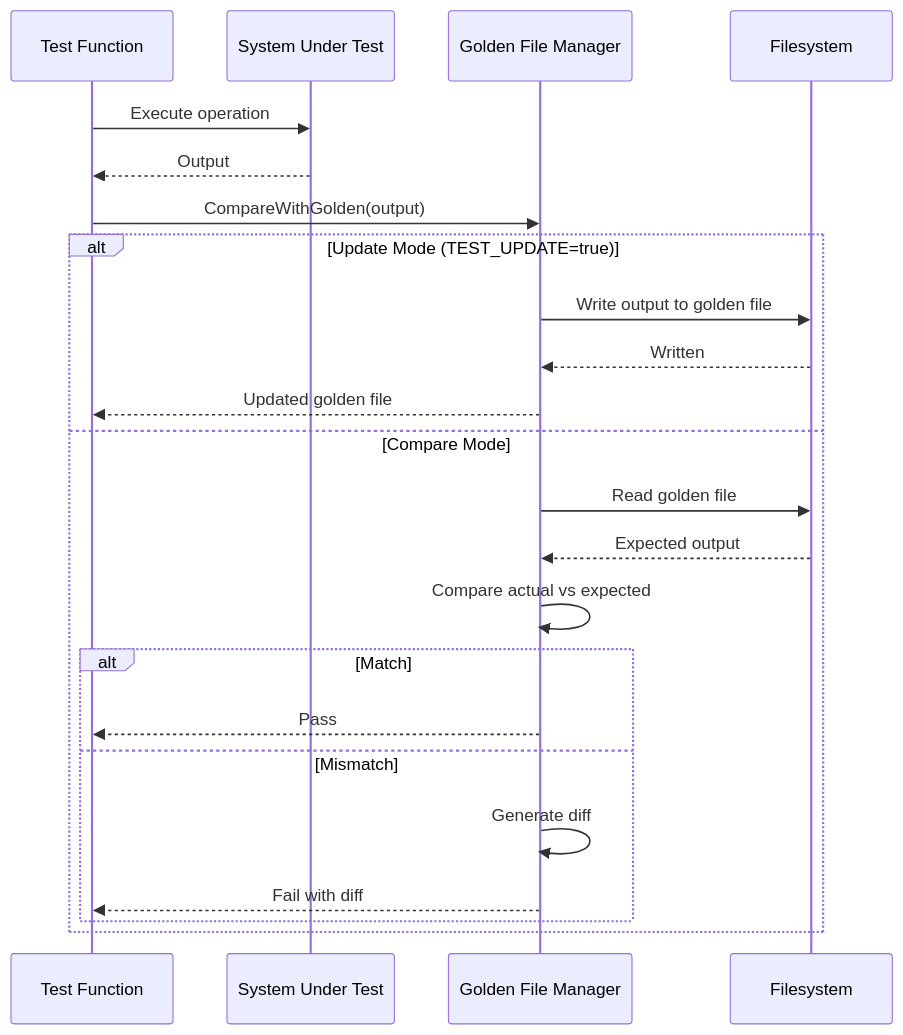
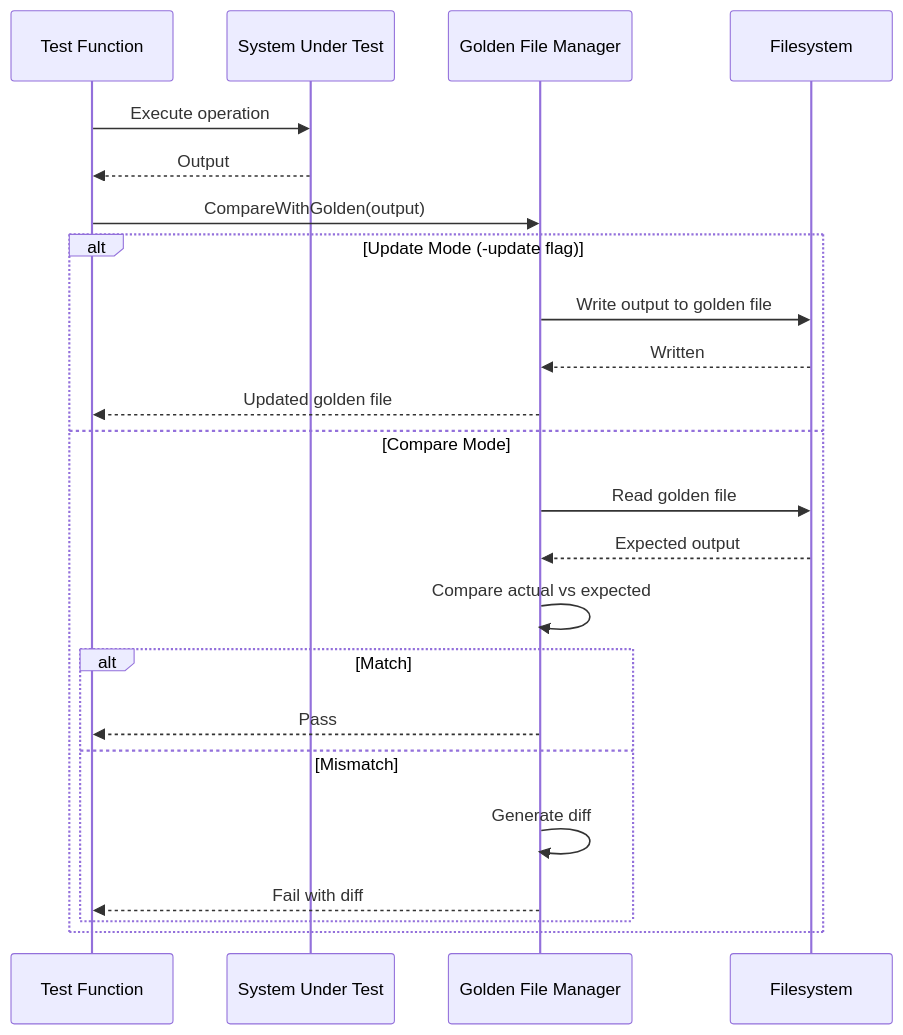
One commit to jamesainslie/dot changed the eighth of 12 diagrams in docs/developer/testing.md. Above: the diagram before and after it, drawn with Mermaid. The commit also changed other lines of this file and 59 other files, not shown here.

````diff
--- a/docs/developer/testing.md
+++ b/docs/developer/testing.md
@@ -582,29 +605,29 @@
 ```mermaid
 sequenceDiagram
     participant Test as Test Function
     participant System as System Under Test
     participant Golden as Golden File Manager
     participant FS as Filesystem
     
     Test->>System: Execute operation
     System-->>Test: Output
     
     Test->>Golden: CompareWithGolden(output)
     
-    alt Update Mode (TEST_UPDATE=true)
+    alt Update Mode (-update flag)
         Golden->>FS: Write output to golden file
         FS-->>Golden: Written
         Golden-->>Test: Updated golden file
     else Compare Mode
         Golden->>FS: Read golden file
         FS-->>Golden: Expected output
         Golden->>Golden: Compare actual vs expected
         
         alt Match
             Golden-->>Test: Pass
         else Mismatch
             Golden->>Golden: Generate diff
             Golden-->>Test: Fail with diff
         end
     end
 ```
````
